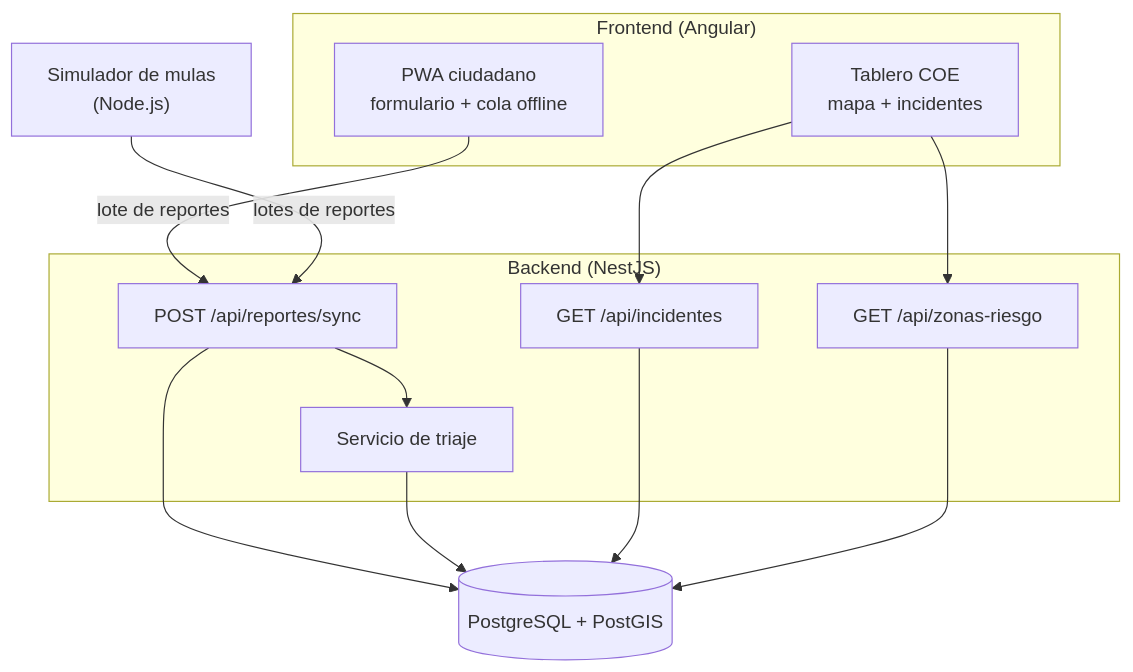
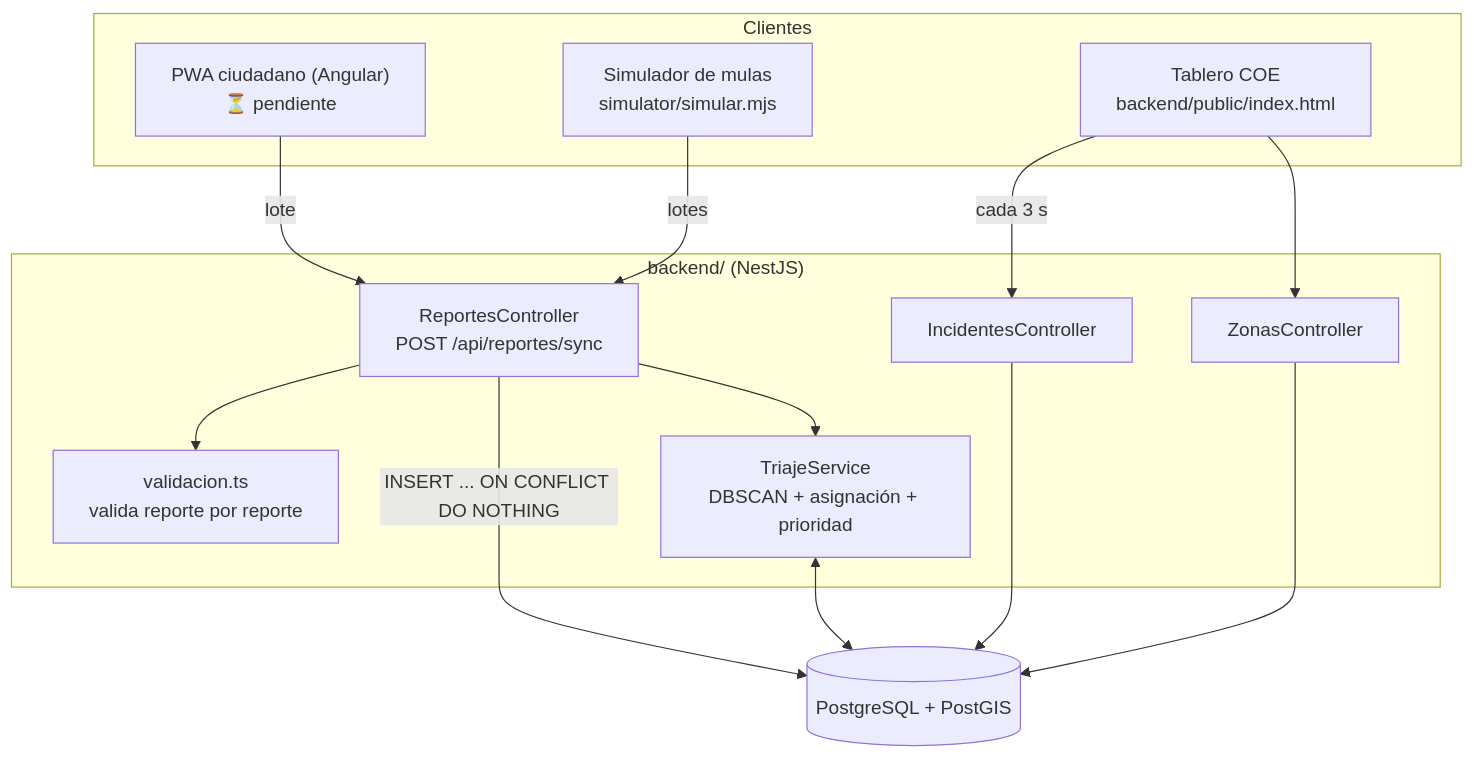
The second of 2 diagrams in README.md (Jonyx08/Rally_PostEmergency), drawn with Mermaid before and after one commit. The commit also changed other lines of this file and 2 other files, not shown here.

First line of the commit message:
docs: README con guía de instalación, triaje y demo; API v0.2

````diff
--- a/README.md
+++ b/README.md
@@ -72,25 +129,27 @@
 ```mermaid
 flowchart TB
-    subgraph Frontend["Frontend (Angular)"]
-        PWA["PWA ciudadano<br/>formulario + cola offline"]
-        Dash["Tablero COE<br/>mapa + incidentes"]
+    subgraph Clientes
+        PWA["PWA ciudadano (Angular)<br/>⏳ pendiente"]
+        Sim["Simulador de mulas<br/>simulator/simular.mjs"]
+        Dash["Tablero COE<br/>backend/public/index.html"]
     end
-    Sim["Simulador de mulas<br/>(Node.js)"]
-    subgraph Backend["Backend (NestJS)"]
-        Sync["POST /api/reportes/sync"]
-        Inc["GET /api/incidentes"]
-        Zones["GET /api/zonas-riesgo"]
-        Triage["Servicio de triaje"]
+    subgraph Backend["backend/ (NestJS)"]
+        Sync["ReportesController<br/>POST /api/reportes/sync"]
+        Val["validacion.ts<br/>valida reporte por reporte"]
+        Triaje["TriajeService<br/>DBSCAN + asignación + prioridad"]
+        Inc["IncidentesController"]
+        Zon["ZonasController"]
     end
     DB[("PostgreSQL + PostGIS")]
 
-    PWA -->|lote de reportes| Sync
-    Sim -->|lotes de reportes| Sync
-    Sync --> DB
-    Sync --> Triage
-    Triage --> DB
-    Dash --> Inc
-    Dash --> Zones
+    PWA -->|lote| Sync
+    Sim -->|lotes| Sync
+    Sync --> Val
+    Sync -->|"INSERT ... ON CONFLICT DO NOTHING"| DB
+    Sync --> Triaje
+    Triaje <--> DB
+    Dash -->|"cada 3 s"| Inc
+    Dash --> Zon
     Inc --> DB
-    Zones --> DB
+    Zon --> DB
 ```
````
